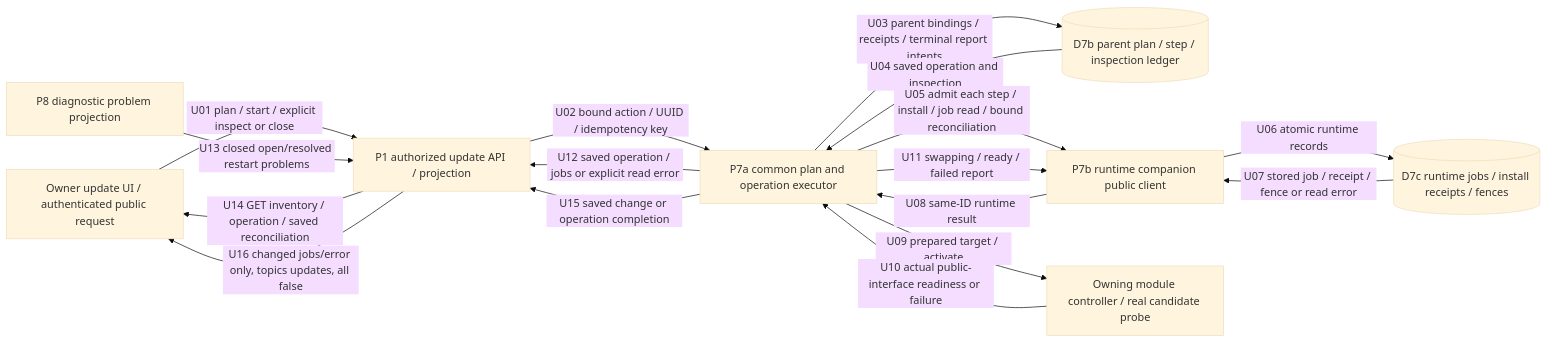
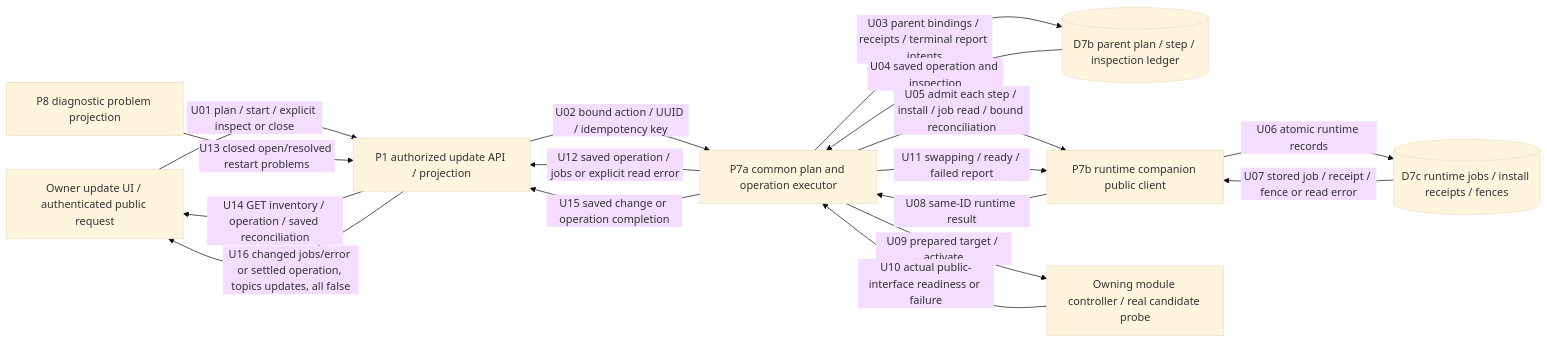
Before and after one commit to kitepon/BellTeam: the third of 3 diagrams in docs/architecture/data-flow.md, drawn with Mermaid (base theme). The commit also changed other lines of this file and 7 other files, not shown here.

````diff
--- a/docs/architecture/data-flow.md
+++ b/docs/architecture/data-flow.md
@@ -118,27 +118,27 @@
 ```mermaid
 flowchart LR
   E1[Owner update UI / authenticated public request]
   P1[P1 authorized update API / projection]
   P7a[P7a common plan and operation executor]
   D7b[(D7b parent plan / step / inspection ledger)]
   P7b[P7b runtime companion public client]
   D7c[(D7c runtime jobs / install receipts / fences)]
   Controller[Owning module controller / real candidate probe]
   P8[P8 diagnostic problem projection]
   E1 -->|U01 plan / start / explicit inspect or close| P1
   P1 -->|U02 bound action / UUID / idempotency key| P7a
   P7a -->|U03 parent bindings / receipts / terminal report intents| D7b
   D7b -->|U04 saved operation and inspection| P7a
   P7a -->|U05 admit each step / install / job read / bound reconciliation| P7b
   P7b -->|U06 atomic runtime records| D7c
   D7c -->|U07 stored job / receipt / fence or read error| P7b
   P7b -->|U08 same-ID runtime result| P7a
   P7a -->|U09 prepared target / activate| Controller
   Controller -->|U10 actual public-interface readiness or failure| P7a
   P7a -->|U11 swapping / ready / failed report| P7b
   P7a -->|U12 saved operation / jobs or explicit read error| P1
   P8 -->|U13 closed open/resolved restart problems| P1
   P1 -->|U14 GET inventory / operation / saved reconciliation| E1
   P7a -->|U15 saved change or operation completion| P1
-  P1 -->|U16 changed jobs/error only, topics updates, all false| E1
+  P1 -->|U16 changed jobs/error or settled operation, topics updates, all false| E1
 ```
````
